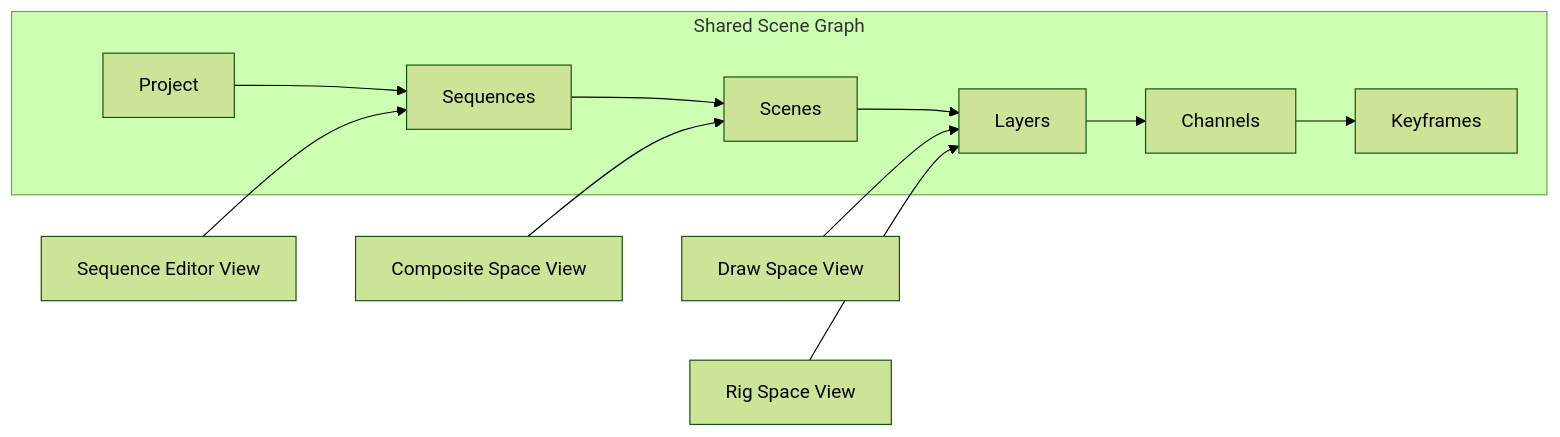
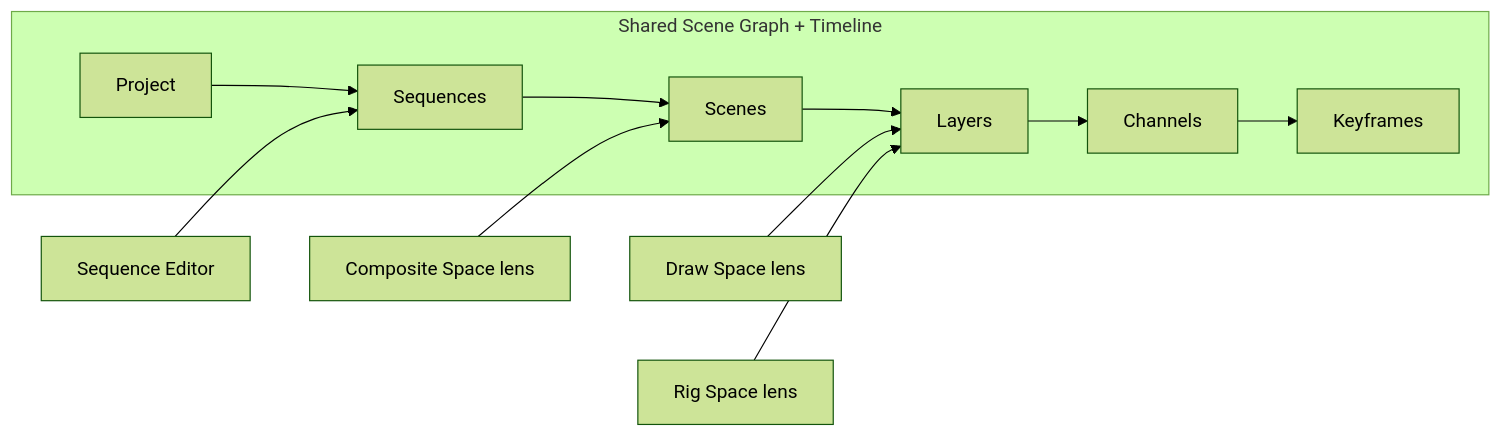
One commit to Radin-dev1/Anima changed the second of 5 diagrams in docs/ARCHITECTURE.md. Above: the diagram before and after it, drawn with Mermaid (forest theme). The commit also changed other lines of this file and 7 other files, not shown here.

First line of the commit message:
Expand Part 2 into canonical three-workspace architecture.

````diff
--- a/docs/ARCHITECTURE.md
+++ b/docs/ARCHITECTURE.md
@@ -44,22 +44,22 @@
 ```mermaid
 flowchart LR
-  subgraph Graph["Shared Scene Graph"]
+  subgraph Graph["Shared Scene Graph + Timeline"]
     P[Project]
     SEQ[Sequences]
     SC[Scenes]
     L[Layers]
     CH[Channels]
     KF[Keyframes]
     P --> SEQ --> SC --> L --> CH --> KF
   end
 
-  DS[Draw Space View]
-  RS[Rig Space View]
-  CS[Composite Space View]
-  SE[Sequence Editor View]
+  DS[Draw Space lens]
+  RS[Rig Space lens]
+  CS[Composite Space lens]
+  SE[Sequence Editor]
 
   DS --> L
   RS --> L
   CS --> SC
   SE --> SEQ
 ```
````
